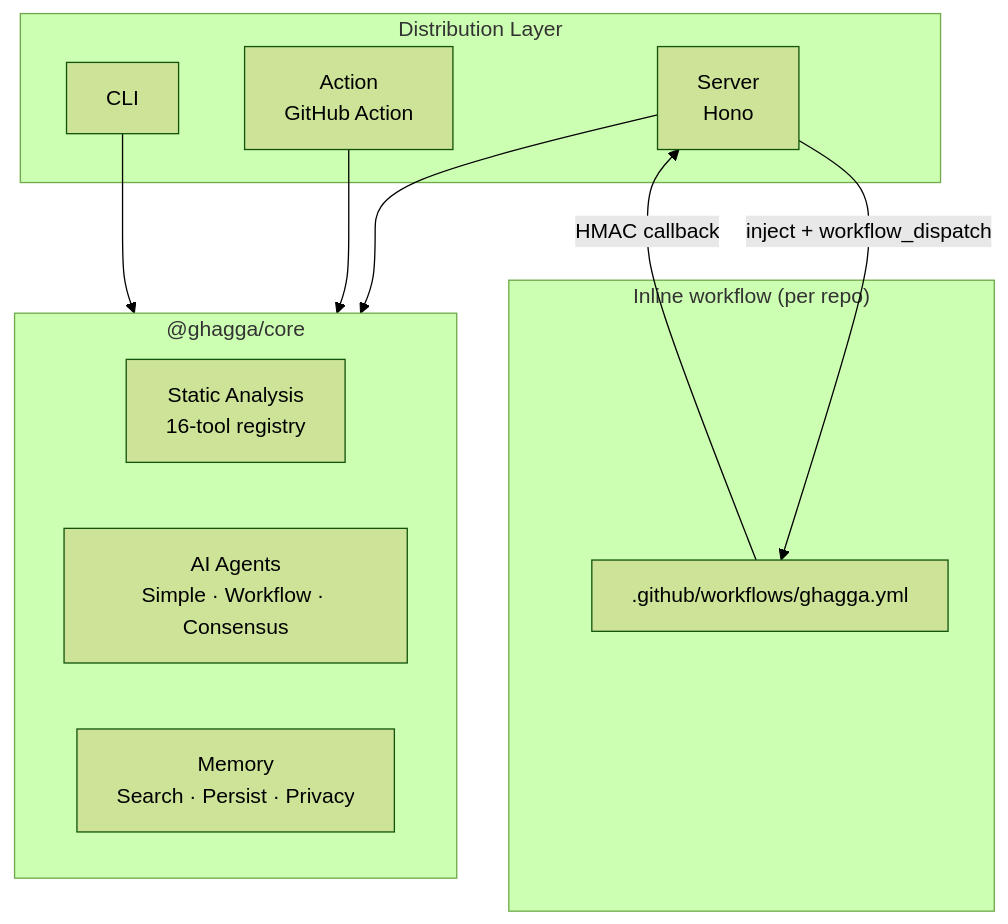
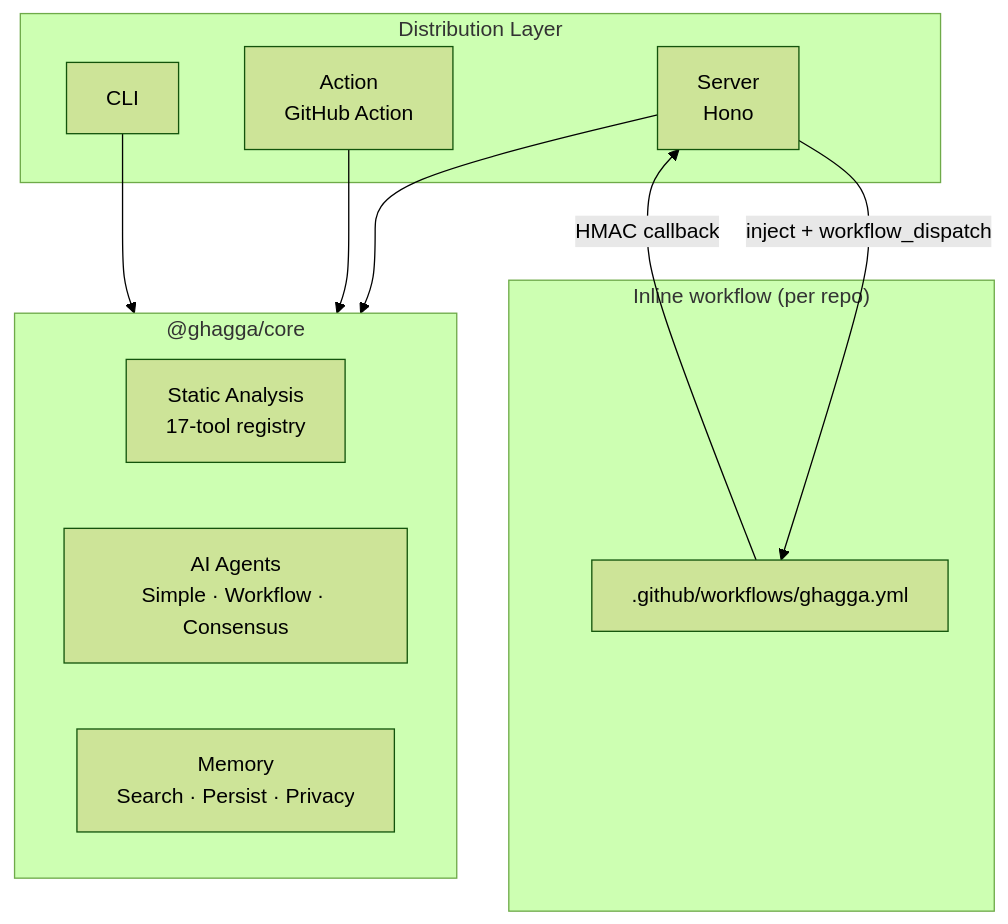
The diagram in docs/README.md (JNZader/ghagga), drawn with Mermaid (forest theme) before and after one commit. The commit also changed other lines of this file and 31 other files, not shown here.

````diff
--- a/docs/README.md
+++ b/docs/README.md
@@ -42,24 +42,24 @@
 ```mermaid
 graph TB
   subgraph Distribution["Distribution Layer"]
     Server["Server<br/>Hono"]
     Action["Action<br/>GitHub Action"]
     CLI["CLI"]
   end
 
   subgraph Inline["Inline workflow (per repo)"]
     InlineYml[".github/workflows/ghagga.yml"]
   end
 
   subgraph Core["@ghagga/core"]
-    SA["Static Analysis<br/>16-tool registry"]
+    SA["Static Analysis<br/>17-tool registry"]
     Agents["AI Agents<br/>Simple · Workflow · Consensus"]
     Memory["Memory<br/>Search · Persist · Privacy"]
   end
 
   Server -- "inject + workflow_dispatch" --> InlineYml
   InlineYml -- "HMAC callback" --> Server
   Server --> Core
   Action --> Core
   CLI --> Core
 ```
````
